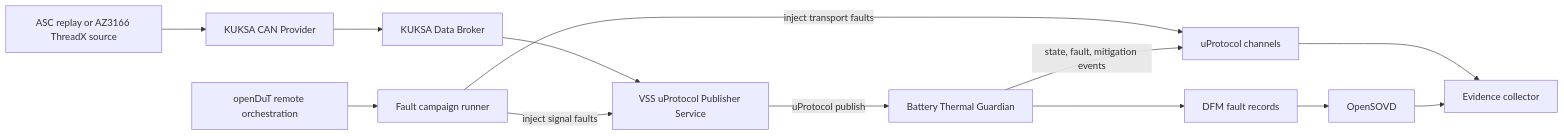
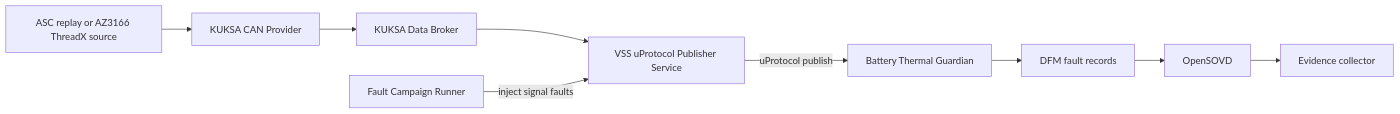
Before and after one commit to anukul/Doctor-Whodunit: the first of 3 diagrams in README.md, drawn with Mermaid. The commit also changed other lines of this file, not shown here.

Commit message:
removed OpenDuT from readme

````diff
--- a/README.md
+++ b/README.md
@@ -33,18 +31,14 @@
 ```mermaid
 flowchart LR
   SRC[ASC replay or AZ3166 ThreadX source] --> CANP[KUKSA CAN Provider]
   CANP --> KDB[KUKSA Data Broker]
   KDB --> VSSUP[VSS uProtocol Publisher Service]
   VSSUP -->|uProtocol publish| G[Battery Thermal Guardian]
 
-  OD[openDuT remote orchestration] --> FI[Fault campaign runner]
-  FI -->|inject signal faults| VSSUP
-  FI -->|inject transport faults| UBUS[uProtocol channels]
+  FI[Fault Campaign Runner] -->|inject signal faults| VSSUP
 
-  G -->|state, fault, mitigation events| UBUS
   G --> DFM[DFM fault records]
   DFM --> SOVD[OpenSOVD]
 
-  UBUS --> EV[Evidence collector]
-  SOVD --> EV
+  SOVD --> EV[Evidence collector]
 ```
````
